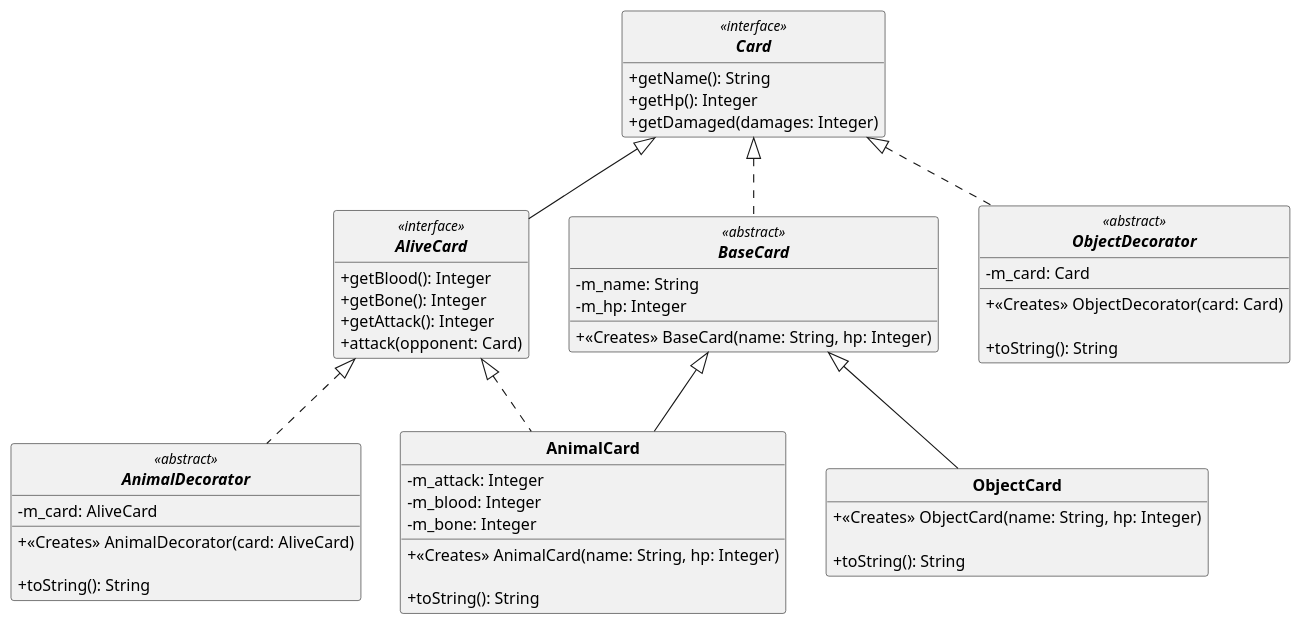
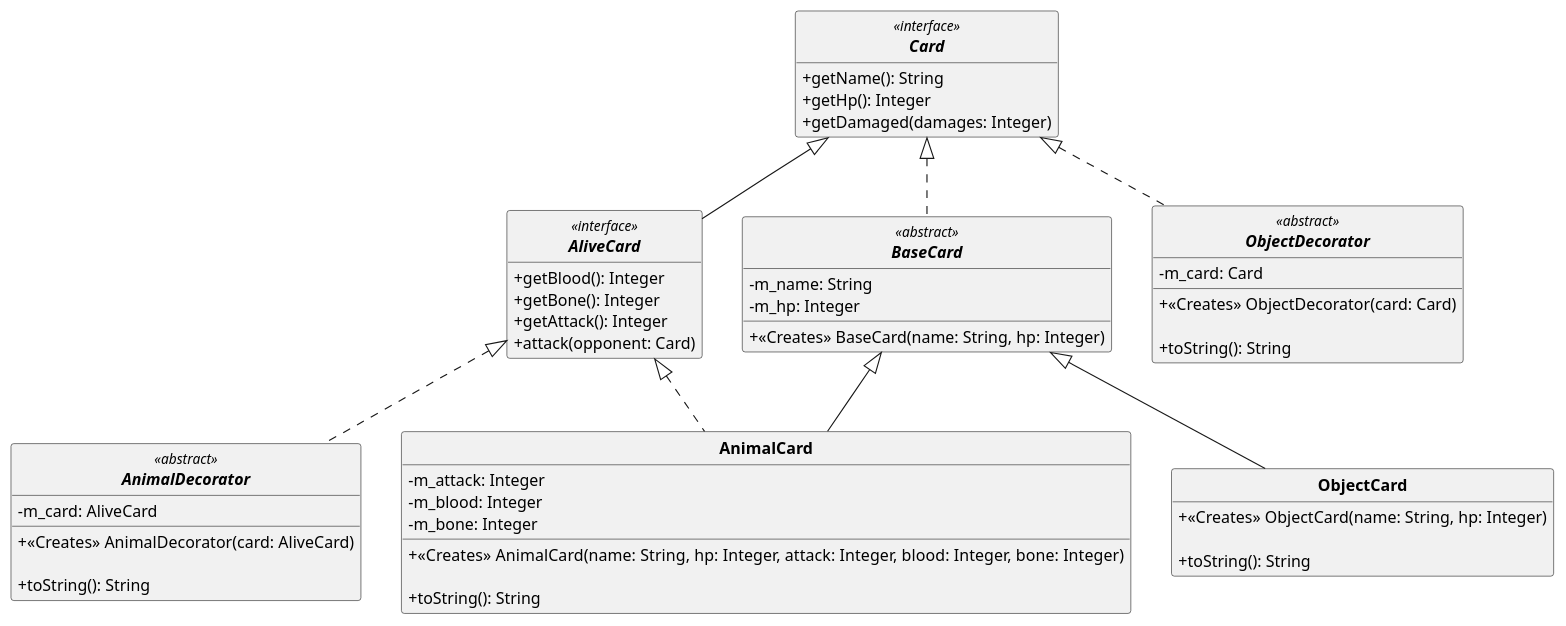
One commit to Guyomeuh/inscryption-tui changed the diagram in uml/cards.puml. Above: the diagram before and after it, drawn with PlantUML. The commit also changed 2 other files, not shown here.

Commit message:
ajouté classe AnimalCard, ajouté tests et rectifié uml

```diff
--- a/uml/cards.puml
+++ b/uml/cards.puml
@@ -1,60 +1,60 @@
 @startuml
 
 skinparam classAttributeIconSize 0
 skinparam classFontStyle Bold
 skinparam style strictuml
 hide empty members
 
 interface Card <<interface>> {
     + getName(): String
     + getHp(): Integer
     + getDamaged(damages: Integer)
 }
 
 interface AliveCard <<interface>> implements Card {
     + getBlood(): Integer
     + getBone(): Integer
     + getAttack(): Integer
     + attack(opponent: Card)
 }
 
 abstract class BaseCard <<abstract>> implements Card {
     - m_name: String 
     - m_hp: Integer 
 
     + <<Creates>> BaseCard(name: String, hp: Integer)
 }
 
 class ObjectCard extends BaseCard {
     + <<Creates>> ObjectCard(name: String, hp: Integer)
 
     + toString(): String
 }
 
 class AnimalCard extends BaseCard implements AliveCard {
     - m_attack: Integer 
     - m_blood: Integer
     - m_bone: Integer
 
-    + <<Creates>> AnimalCard(name: String, hp: Integer)
+    + <<Creates>> AnimalCard(name: String, hp: Integer, attack: Integer, blood: Integer, bone: Integer)
 
     + toString(): String
 }
 
 abstract class ObjectDecorator <<abstract>> implements Card {
     - m_card: Card 
 
     + <<Creates>> ObjectDecorator(card: Card)
 
     + toString(): String
 }
 
 abstract class AnimalDecorator <<abstract>> implements AliveCard {
     - m_card: AliveCard 
 
     + <<Creates>> AnimalDecorator(card: AliveCard)
 
     + toString(): String
 }
 
 @enduml
```
